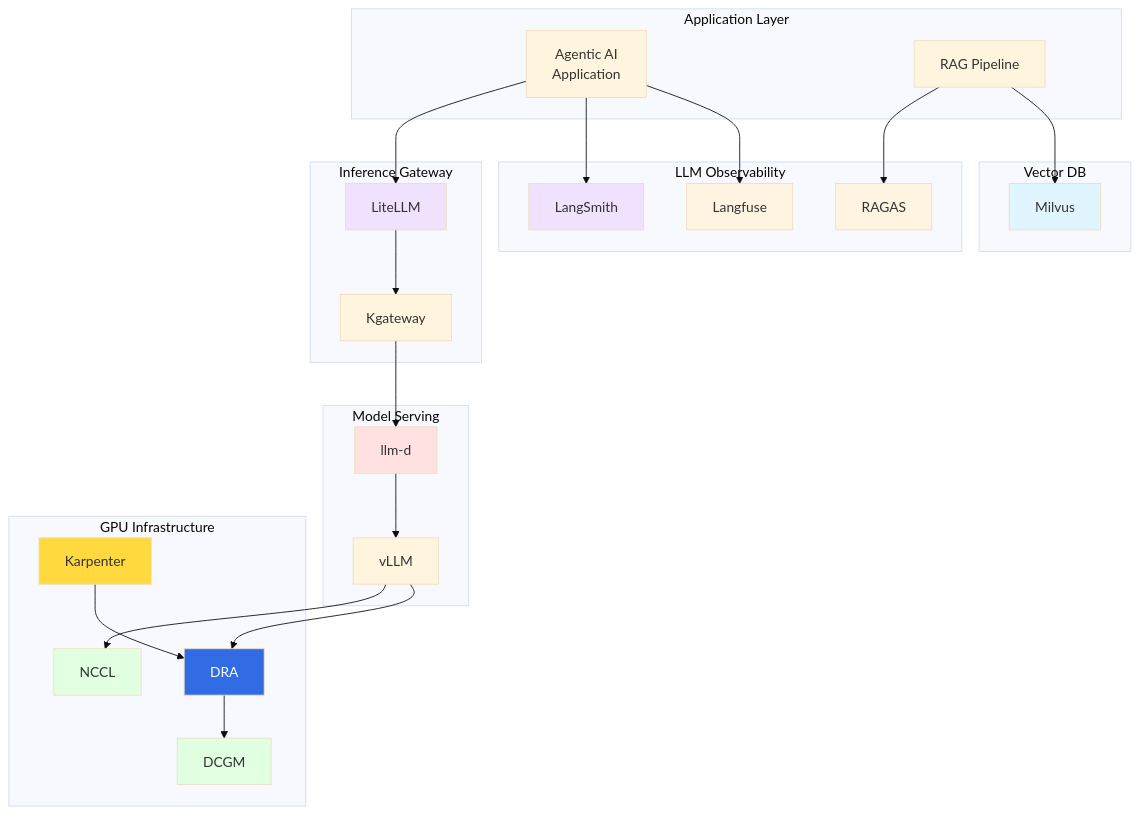
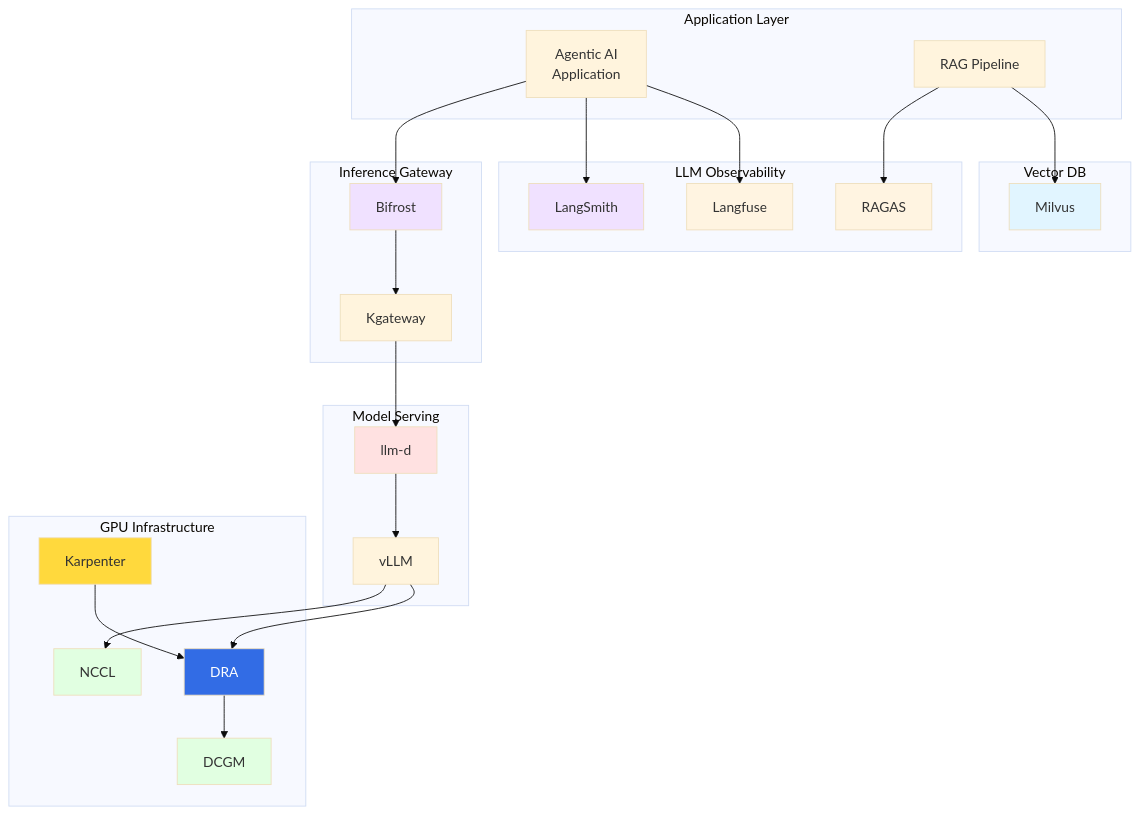
Before and after one commit to devfloor9/engineering-playbook: diagram 12 of 17 in docs/agentic-ai-platform/design-architecture/agentic-ai-challenges.md, drawn with Mermaid (base theme). The commit also changed other lines of this file and 13 other files, not shown here.

First line of the commit message:
docs: LLM Router 기본 전환 — Bifrost (primary) + LiteLLM (alternative)

````diff
--- a/docs/agentic-ai-platform/design-architecture/agentic-ai-challenges.md
+++ b/docs/agentic-ai-platform/design-architecture/agentic-ai-challenges.md
@@ -717,58 +717,58 @@
 ```mermaid
 flowchart TD
     subgraph App["Application Layer"]
         AGENT["Agentic AI<br/>Application"]
         RAG["RAG Pipeline"]
     end
 
     subgraph ObsLayer["LLM Observability"]
         LF["Langfuse"]
         LS["LangSmith"]
         RAGAS["RAGAS"]
     end
 
     subgraph GatewayLayer["Inference Gateway"]
-        LITE["LiteLLM"]
+        BIFROST["Bifrost"]
         KGW["Kgateway"]
     end
 
     subgraph ServingLayer["Model Serving"]
         LLMD["llm-d"]
         VLLM["vLLM"]
     end
 
     subgraph VectorDB["Vector DB"]
         MILVUS["Milvus"]
     end
 
     subgraph GPUInfra["GPU Infrastructure"]
         DRA["DRA"]
         DCGM["DCGM"]
         NCCL["NCCL"]
         KARP["Karpenter"]
     end
 
     AGENT --> LF
     AGENT --> LS
-    AGENT --> LITE
+    AGENT --> BIFROST
     RAG --> MILVUS
     RAG --> RAGAS
-    LITE --> KGW
+    BIFROST --> KGW
     KGW --> LLMD
     LLMD --> VLLM
     VLLM --> DRA
     DRA --> DCGM
     VLLM --> NCCL
     KARP --> DRA
 
     style LF fill:#fff4e1
     style LS fill:#f0e1ff
     style RAGAS fill:#fff4e1
-    style LITE fill:#f0e1ff
+    style BIFROST fill:#f0e1ff
     style LLMD fill:#ffe1e1
     style MILVUS fill:#e1f5ff
     style DRA fill:#326ce5,color:#fff
     style DCGM fill:#e1ffe1
     style NCCL fill:#e1ffe1
     style KARP fill:#ffd93d
 ```
````
